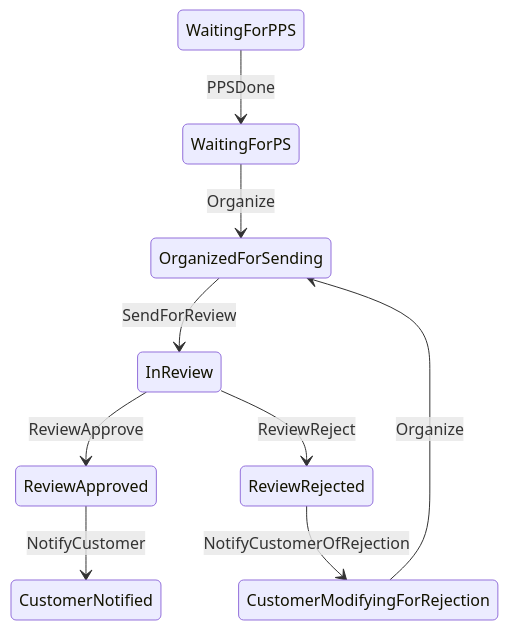
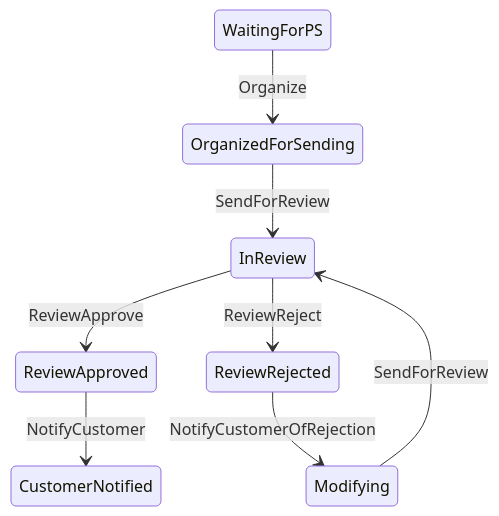
Before and after one commit to FIPOCHINA/fipo-fsm: the diagram in docs/ProductSample.mermaid, drawn with Mermaid. The commit also changed 47 other files, not shown here.

```diff
--- a/docs/ProductSample.mermaid
+++ b/docs/ProductSample.mermaid
@@ -1,9 +1,8 @@
 stateDiagram-v2
-WaitingForPPS --> WaitingForPS : PPSDone
 WaitingForPS --> OrganizedForSending : Organize
 OrganizedForSending --> InReview : SendForReview
 InReview --> ReviewApproved : ReviewApprove
 InReview --> ReviewRejected : ReviewReject
 ReviewApproved --> CustomerNotified : NotifyCustomer
-ReviewRejected --> CustomerModifyingForRejection : NotifyCustomerOfRejection
-CustomerModifyingForRejection --> OrganizedForSending : Organize
+ReviewRejected --> Modifying : NotifyCustomerOfRejection
+Modifying --> InReview : SendForReview
```
